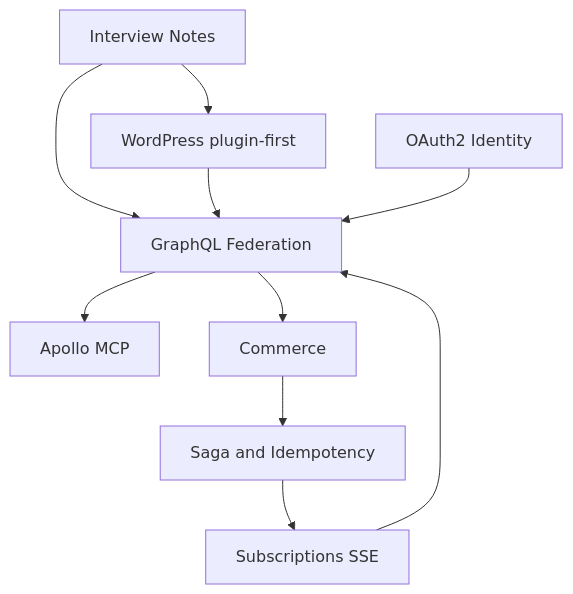
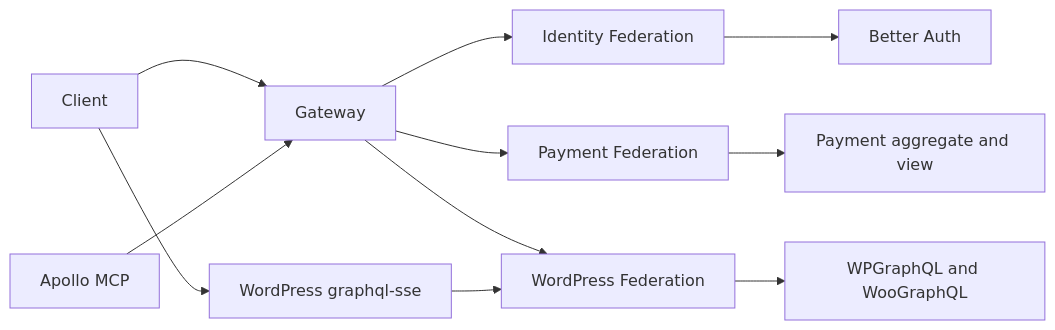
The diagram in docs/knowledge/Mapa do Projeto.md (kaio-fabiano/desafio-dev-backend-senior), drawn with Mermaid before and after one commit. The commit also changed other lines of this file and 5 other files, not shown here.

Commit message:
T-073 federated-platform-architecture-refactor: Prove quality and document the architecture walkthrough

````diff
--- a/docs/knowledge/Mapa do Projeto.md
+++ b/docs/knowledge/Mapa do Projeto.md
@@ -28,12 +34,13 @@
 ```mermaid
-flowchart TD
-  Interview[Interview Notes] --> Federation[GraphQL Federation]
-  Interview --> WordPress[WordPress plugin-first]
-  WordPress --> Federation
-  OAuth[OAuth2 Identity] --> Federation
-  Federation --> MCP[Apollo MCP]
-  Federation --> Commerce[Commerce]
-  Commerce --> Saga[Saga and Idempotency]
-  Saga --> SSE[Subscriptions SSE]
-  SSE --> Federation
+flowchart LR
+  Client --> Gateway
+  MCP[Apollo MCP] --> Gateway
+  Gateway --> Identity[Identity Federation]
+  Gateway --> Payment[Payment Federation]
+  Gateway --> WordPress[WordPress Federation]
+  Identity --> BetterAuth[Better Auth]
+  Payment --> PaymentData[Payment aggregate and view]
+  WordPress --> Woo[WPGraphQL and WooGraphQL]
+  Client --> SSE[WordPress graphql-sse]
+  SSE --> WordPress
 ```
````
